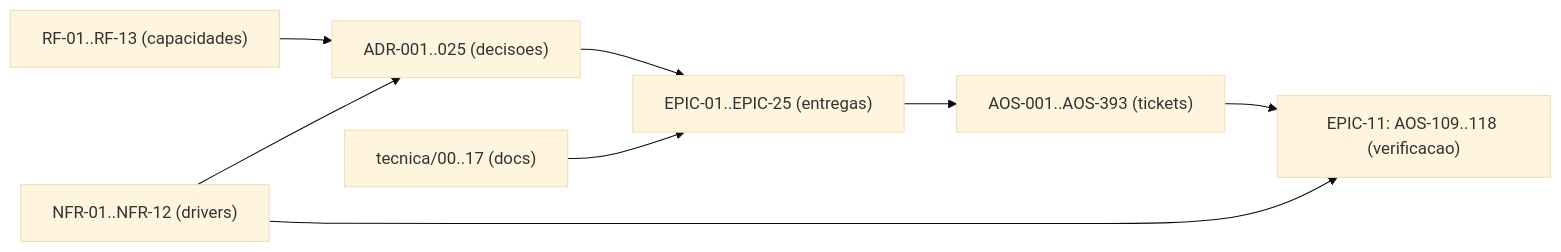
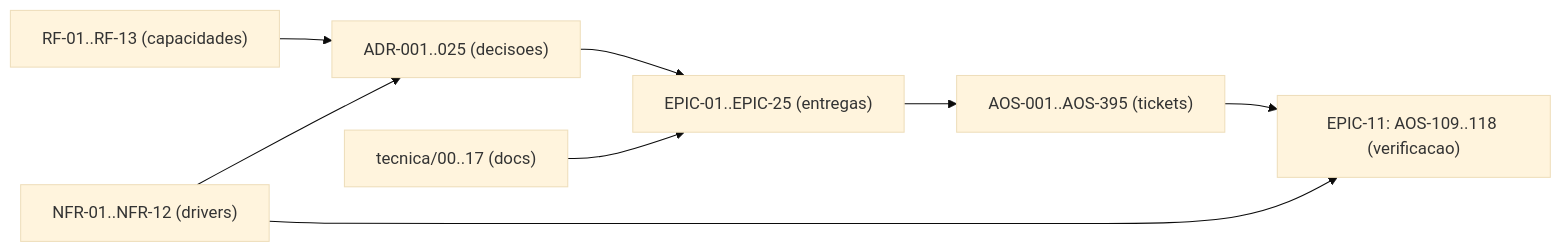
One commit to albinoJimy/aos changed the diagram in tecnica/16_Rastreabilidade_RTM.md. Above: the diagram before and after it, drawn with Mermaid (base theme). The commit also changed other lines of this file and 1 other file, not shown here.

First line of the commit message:
docs(AOS-394,AOS-395): tickets para os selos de governação do gateway sem run nem passo

````diff
--- a/tecnica/16_Rastreabilidade_RTM.md
+++ b/tecnica/16_Rastreabilidade_RTM.md
@@ -183,10 +183,10 @@
 ```mermaid
 flowchart LR
     RF["RF-01..RF-13 (capacidades)"] --> ADR["ADR-001..025 (decisoes)"]
     NFR["NFR-01..NFR-12 (drivers)"] --> ADR
     ADR --> EPIC["EPIC-01..EPIC-25 (entregas)"]
-    EPIC --> TICK["AOS-001..AOS-393 (tickets)"]
+    EPIC --> TICK["AOS-001..AOS-395 (tickets)"]
     DOC["tecnica/00..17 (docs)"] --> EPIC
     TICK --> TEST["EPIC-11: AOS-109..118 (verificacao)"]
     NFR --> TEST
 ```
````
